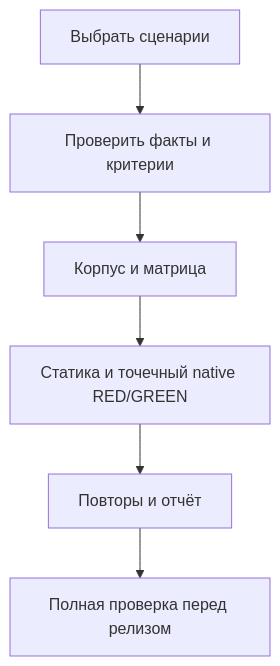
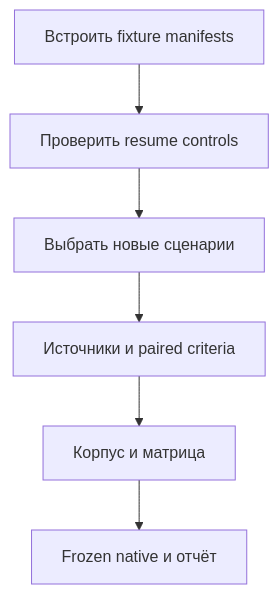
Before and after one commit to brake71/1c-ssl-skills: the diagram in plans/bsp-development-after-v0.13.md, drawn with Mermaid. The commit also changed other lines of this file and 4 other files, not shown here.

````diff
--- a/plans/bsp-development-after-v0.13.md
+++ b/plans/bsp-development-after-v0.13.md
@@ -75,8 +89,8 @@
 ```mermaid
 flowchart TD
-    A[Выбрать сценарии] --> B[Проверить факты и критерии]
-    B --> C[Корпус и матрица]
-    C --> D[Статика и точечный native RED/GREEN]
-    D --> E[Повторы и отчёт]
-    E --> F[Полная проверка перед релизом]
+    A[Встроить fixture manifests] --> B[Проверить resume controls]
+    B --> C[Выбрать новые сценарии]
+    C --> D[Источники и paired criteria]
+    D --> E[Корпус и матрица]
+    E --> F[Frozen native и отчёт]
 ```
````
